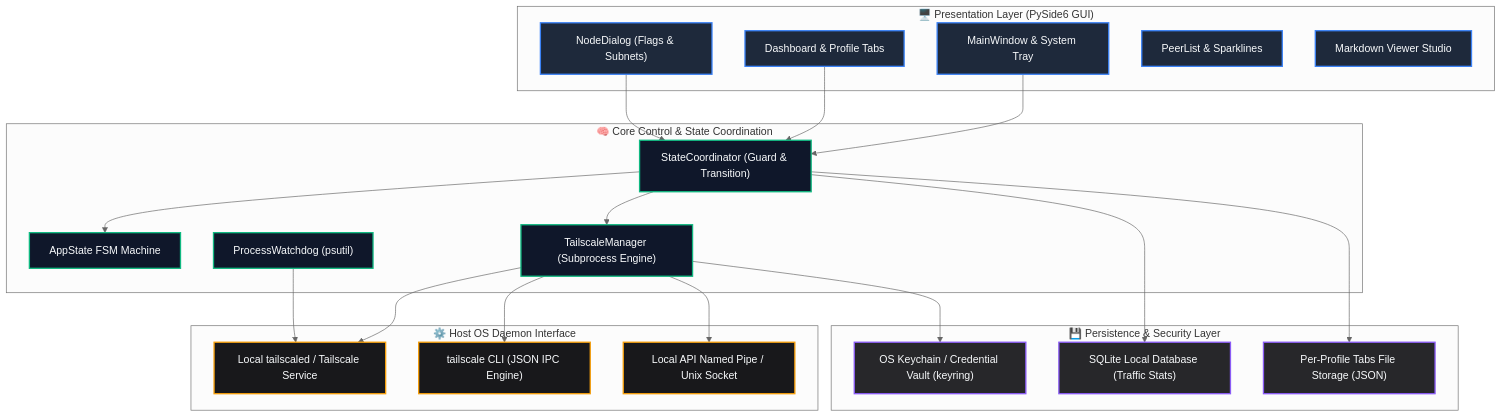
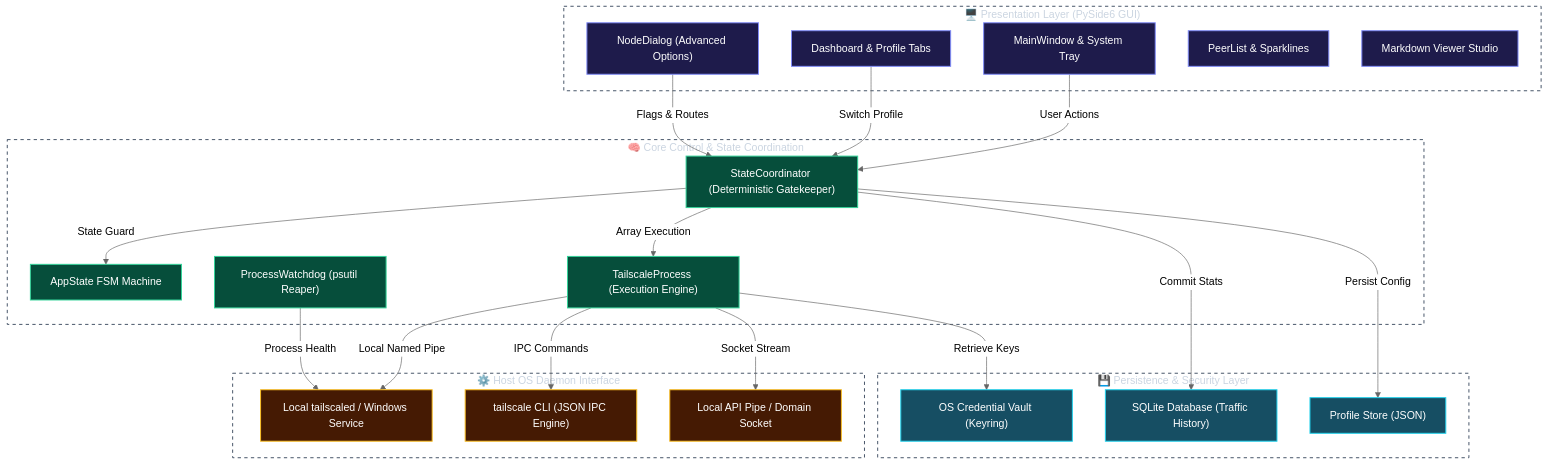
One commit to Arean82/Tailscale-Headscale-Client changed the first of 3 diagrams in Docs/README.md. Above: the diagram before and after it, drawn with Mermaid (neutral theme). The commit also changed other lines of this file and 3 other files, not shown here.

````diff
--- a/Docs/README.md
+++ b/Docs/README.md
@@ -13,49 +20,55 @@
 ```mermaid
 graph TB
-    %% Styling Classes
-    classDef uiLayer fill:#1e293b,stroke:#3b82f6,stroke-width:2px,color:#f8fafc;
-    classDef coordLayer fill:#0f172a,stroke:#10b981,stroke-width:2px,color:#f8fafc;
-    classDef daemonLayer fill:#18181b,stroke:#f59e0b,stroke-width:2px,color:#f8fafc;
-    classDef storageLayer fill:#27272a,stroke:#8b5cf6,stroke-width:2px,color:#f8fafc;
+    %% Explicit Node Styling - Colors ONLY on Nodes
+    classDef uiNode fill:#1e1b4b,stroke:#818cf8,stroke-width:1.5px,color:#ffffff;
+    classDef coordNode fill:#064e3b,stroke:#34d399,stroke-width:1.5px,color:#ffffff;
+    classDef daemonNode fill:#451a03,stroke:#fbbf24,stroke-width:1.5px,color:#ffffff;
+    classDef storageNode fill:#164e63,stroke:#22d3ee,stroke-width:1.5px,color:#ffffff;
+
+    %% 100% Transparent Subgraph Containers (Zero Flood Color)
+    style UI fill:none,stroke:#475569,stroke-width:1.5px,stroke-dasharray: 5 5,color:#cbd5e1;
+    style Core fill:none,stroke:#475569,stroke-width:1.5px,stroke-dasharray: 5 5,color:#cbd5e1;
+    style Daemon fill:none,stroke:#475569,stroke-width:1.5px,stroke-dasharray: 5 5,color:#cbd5e1;
+    style Storage fill:none,stroke:#475569,stroke-width:1.5px,stroke-dasharray: 5 5,color:#cbd5e1;
 
     subgraph UI ["🖥️ Presentation Layer (PySide6 GUI)"]
-        MW["MainWindow & System Tray"]:::uiLayer
-        DB["Dashboard & Profile Tabs"]:::uiLayer
-        ND["NodeDialog (Flags & Subnets)"]:::uiLayer
-        PL["PeerList & Sparklines"]:::uiLayer
-        RD["Markdown Viewer Studio"]:::uiLayer
+        MW["MainWindow & System Tray"]:::uiNode
+        DB["Dashboard & Profile Tabs"]:::uiNode
+        ND["NodeDialog (Advanced Options)"]:::uiNode
+        PL["PeerList & Sparklines"]:::uiNode
+        RD["Markdown Viewer Studio"]:::uiNode
     end
 
     subgraph Core ["🧠 Core Control & State Coordination"]
-        SC["StateCoordinator (Guard & Transition)"]:::coordLayer
-        SM["AppState FSM Machine"]:::coordLayer
-        TSM["TailscaleManager (Subprocess Engine)"]:::coordLayer
-        WM["ProcessWatchdog (psutil)"]:::coordLayer
+        SC["StateCoordinator (Deterministic Gatekeeper)"]:::coordNode
+        SM["AppState FSM Machine"]:::coordNode
+        TSM["TailscaleProcess (Execution Engine)"]:::coordNode
+        WM["ProcessWatchdog (psutil Reaper)"]:::coordNode
     end
 
     subgraph Daemon ["⚙️ Host OS Daemon Interface"]
-        TD["Local tailscaled / Tailscale Service"]:::daemonLayer
-        CLI["tailscale CLI (JSON IPC Engine)"]:::daemonLayer
-        API["Local API Named Pipe / Unix Socket"]:::daemonLayer
+        TD["Local tailscaled / Windows Service"]:::daemonNode
+        CLI["tailscale CLI (JSON IPC Engine)"]:::daemonNode
+        API["Local API Pipe / Domain Socket"]:::daemonNode
     end
 
     subgraph Storage ["💾 Persistence & Security Layer"]
-        KR["OS Keychain / Credential Vault (keyring)"]:::storageLayer
-        SQL["SQLite Local Database (Traffic Stats)"]:::storageLayer
-        FS["Per-Profile Tabs File Storage (JSON)"]:::storageLayer
+        KR["OS Credential Vault (Keyring)"]:::storageNode
+        SQL["SQLite Database (Traffic History)"]:::storageNode
+        FS["Profile Store (JSON)"]:::storageNode
     end
 
-    %% Interconnections
-    MW --> SC
-    DB --> SC
-    ND --> SC
-    SC --> SM
-    SC --> TSM
-    TSM --> CLI
-    TSM --> TD
-    TSM --> API
-    WM --> TD
-    SC --> FS
-    TSM --> KR
-    SC --> SQL
+    %% Flow Connections
+    MW -->|User Actions| SC
+    DB -->|Switch Profile| SC
+    ND -->|Flags & Routes| SC
+    SC -->|State Guard| SM
+    SC -->|Array Execution| TSM
+    TSM -->|IPC Commands| CLI
+    TSM -->|Local Named Pipe| TD
+    TSM -->|Socket Stream| API
+    WM -->|Process Health| TD
+    SC -->|Persist Config| FS
+    TSM -->|Retrieve Keys| KR
+    SC -->|Commit Stats| SQL
 ```
````
